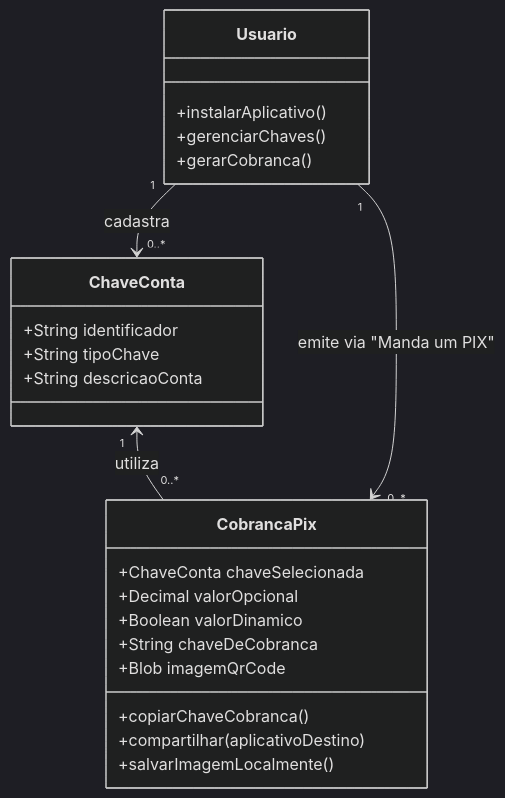
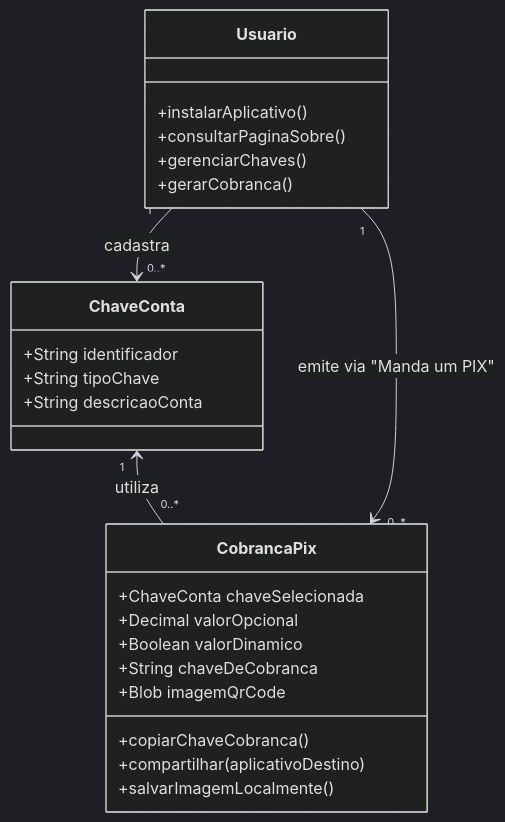
Before and after one commit to luizcanet/mandaumpix.app: the diagram in docs/business/domain_model.md, drawn with Mermaid (dark theme). The commit also changed other lines of this file and 9 other files, not shown here.

Commit message:
docs: document business rule RN07 and about page architecture and design

````diff
--- a/docs/business/domain_model.md
+++ b/docs/business/domain_model.md
@@ -61,29 +69,30 @@
 ```mermaid
 classDiagram
     class Usuario {
         +instalarAplicativo()
+        +consultarPaginaSobre()
         +gerenciarChaves()
         +gerarCobranca()
     }
 
     class ChaveConta {
         +String identificador
         +String tipoChave
         +String descricaoConta
     }
 
     class CobrancaPix {
         +ChaveConta chaveSelecionada
         +Decimal valorOpcional
         +Boolean valorDinamico
         +String chaveDeCobranca
         +Blob imagemQrCode
         +copiarChaveCobranca()
         +compartilhar(aplicativoDestino)
         +salvarImagemLocalmente()
     }
 
     Usuario "1" --> "0..*" ChaveConta : cadastra
     ChaveConta "1" <-- "0..*" CobrancaPix : utiliza
     Usuario "1" --> "0..*" CobrancaPix : emite via "Manda um PIX"
 ```
````
